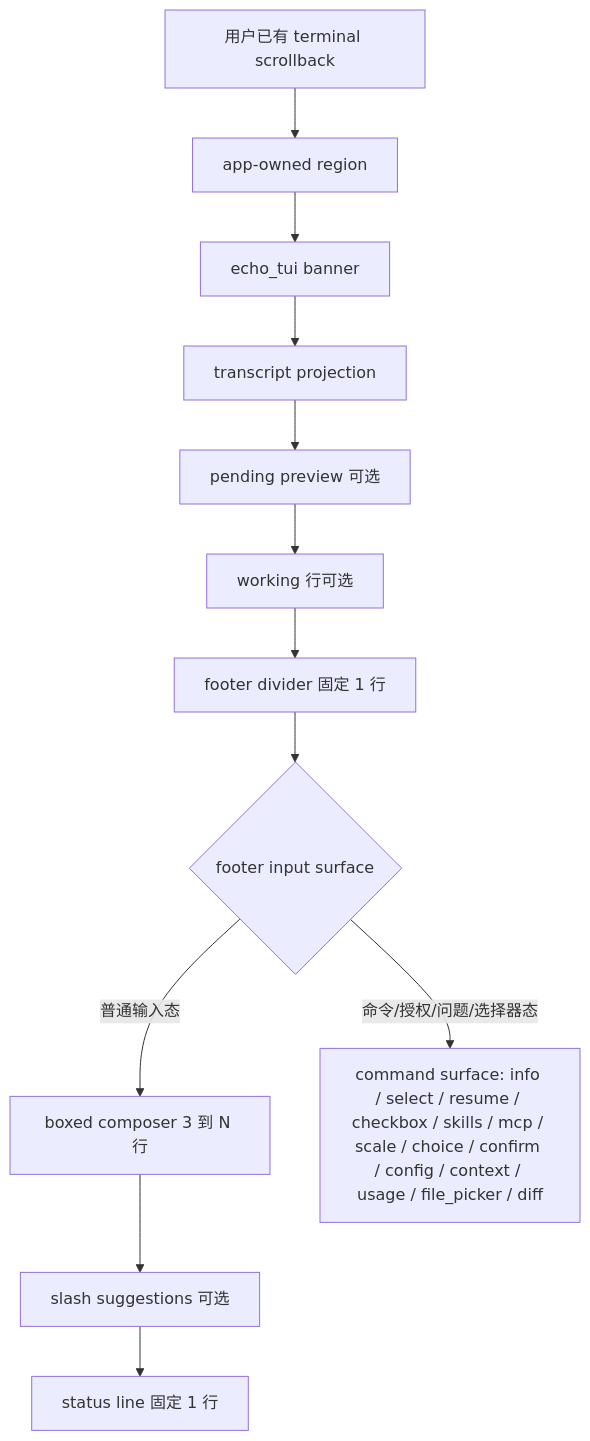
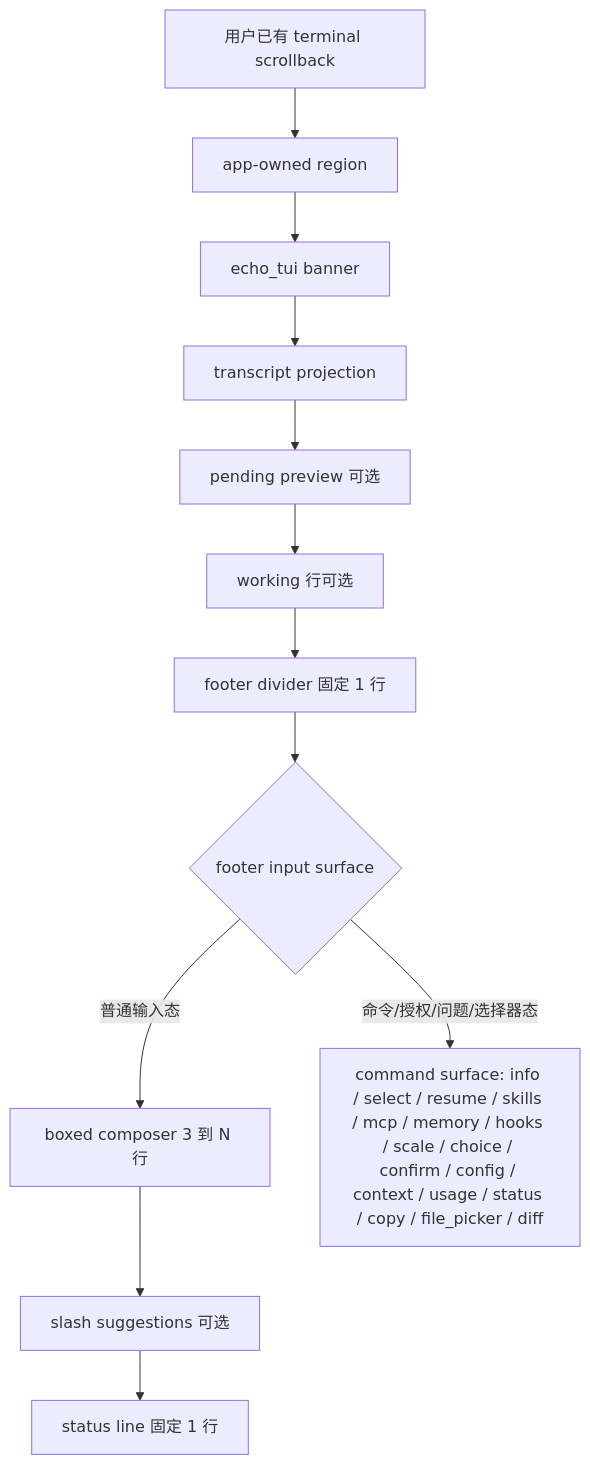
Before and after one commit to eumendies/echo-tui: the fifth of 5 diagrams in docs/tui-architecture.md, drawn with Mermaid. The commit also changed other lines of this file and 53 other files, not shown here.

````diff
--- a/docs/tui-architecture.md
+++ b/docs/tui-architecture.md
@@ -332,17 +332,17 @@
 ```mermaid
 flowchart TB
     accTitle: Terminal region layout
     accDescr: The diagram separates existing terminal scrollback from the app-owned region that can be redrawn from append-only transcript records and current footer state or command surface.
 
     history["用户已有 terminal scrollback"] --> owned["app-owned region"]
     owned --> banner["echo_tui banner"]
     banner --> transcript["transcript projection"]
     transcript --> pending["pending preview 可选"]
     pending --> working["working 行可选"]
     working --> divider["footer divider 固定 1 行"]
     divider --> footer_surface{"footer input surface"}
     footer_surface -->|普通输入态| composer["boxed composer 3 到 N 行"]
     composer --> slash_suggestions["slash suggestions 可选"]
     slash_suggestions --> status_line["status line 固定 1 行"]
-    footer_surface -->|命令/授权/问题/选择器态| command_surface["command surface: info / select / resume / checkbox / skills / mcp / scale / choice / confirm / config / context / usage / file_picker / diff"]
+    footer_surface -->|命令/授权/问题/选择器态| command_surface["command surface: info / select / resume / skills / mcp / memory / hooks / scale / choice / confirm / config / context / usage / status / copy / file_picker / diff"]
 ```
````
